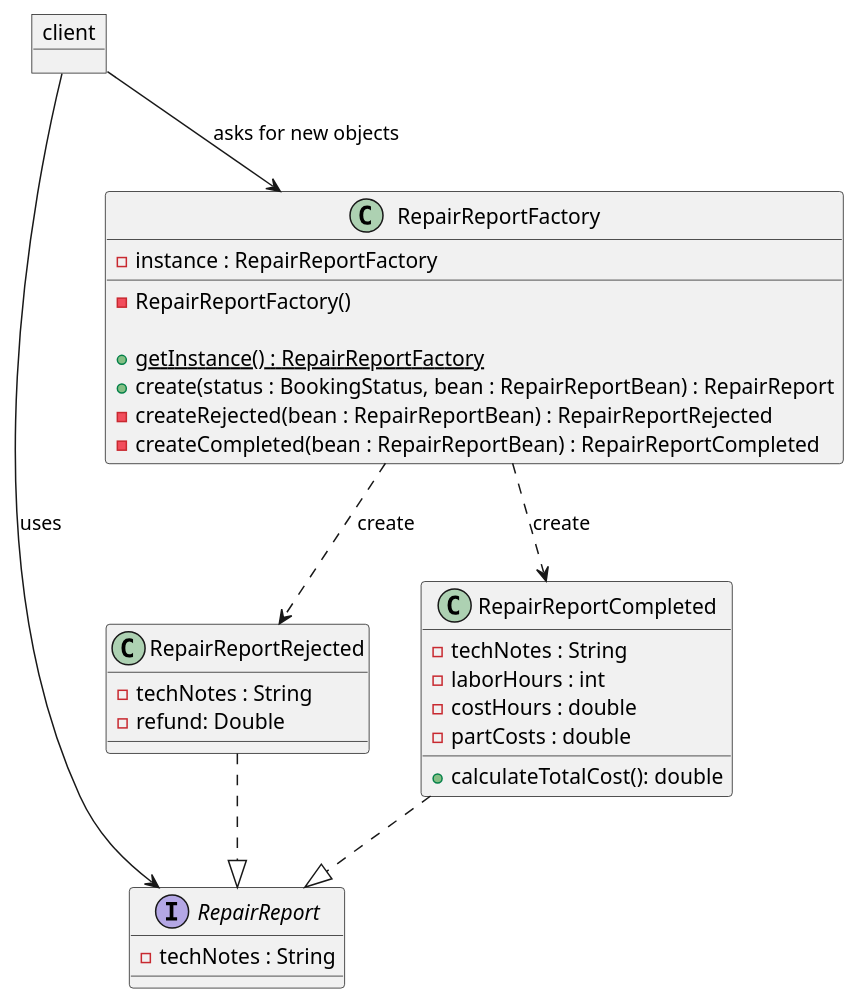
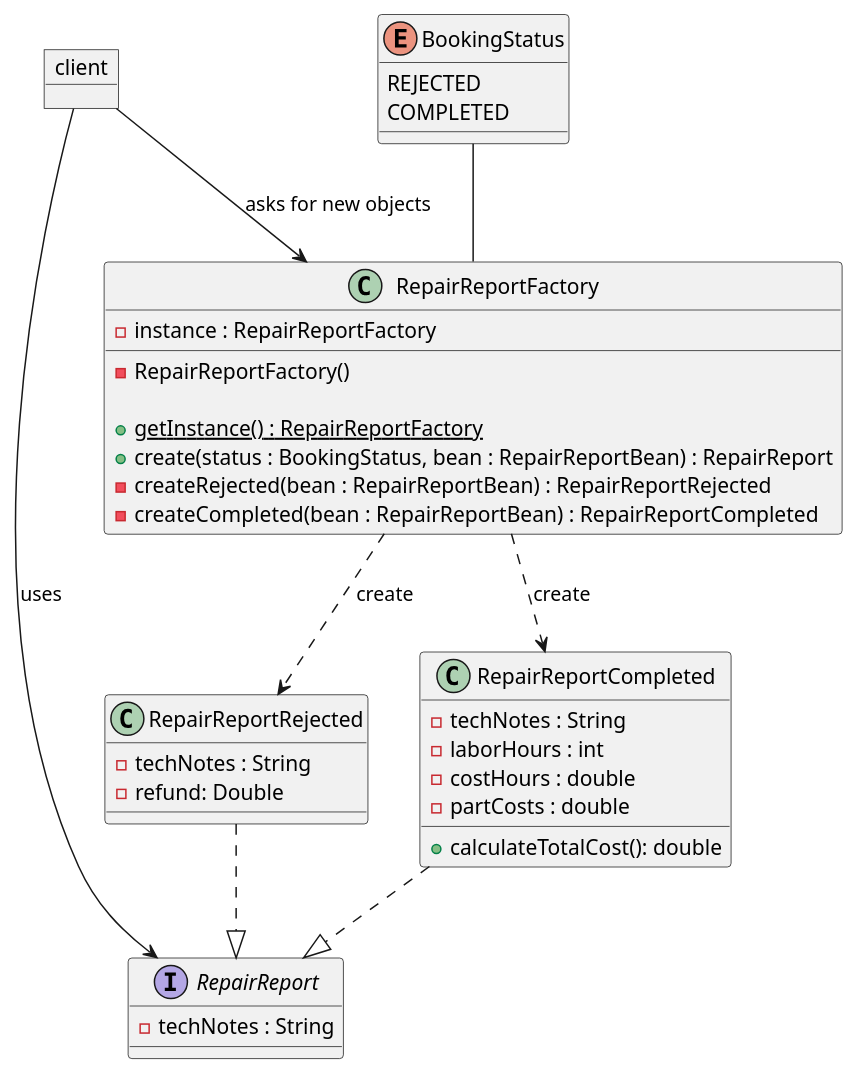
One commit to GiuEliNo/JustIT changed the diagram in doc/class_diagram/factory_method_report_factory.plantuml. Above: the diagram before and after it, drawn with PlantUML.

Commit message:
aggiornato doc

```diff
--- a/doc/class_diagram/factory_method_report_factory.plantuml
+++ b/doc/class_diagram/factory_method_report_factory.plantuml
@@ -1,44 +1,51 @@
 @startuml
 
 object client
+
+enum BookingStatus {
+    REJECTED
+    COMPLETED
+}
 
 class RepairReportFactory {
     - instance : RepairReportFactory
     - RepairReportFactory()
 
     + {static} getInstance() : RepairReportFactory
     + create(status : BookingStatus, bean : RepairReportBean) : RepairReport
     - createRejected(bean : RepairReportBean) : RepairReportRejected
     - createCompleted(bean : RepairReportBean) : RepairReportCompleted
 }
 
 interface RepairReport {
     - techNotes : String
 }
 
 class RepairReportRejected {
     - techNotes : String
     - refund: Double
 }
 
 class RepairReportCompleted {
     - techNotes : String
     - laborHours : int
     - costHours : double
     - partCosts : double
 
     +calculateTotalCost(): double
 }
 
 client -r-> RepairReport : uses
 client --> RepairReportFactory : asks for new objects
 
 
 RepairReportFactory ..> RepairReportRejected : create
 RepairReportFactory ..> RepairReportCompleted : create
 
 RepairReportRejected ..|> RepairReport
 RepairReportCompleted ..|> RepairReport
 
+BookingStatus -- RepairReportFactory
+
 
 @enduml
```
